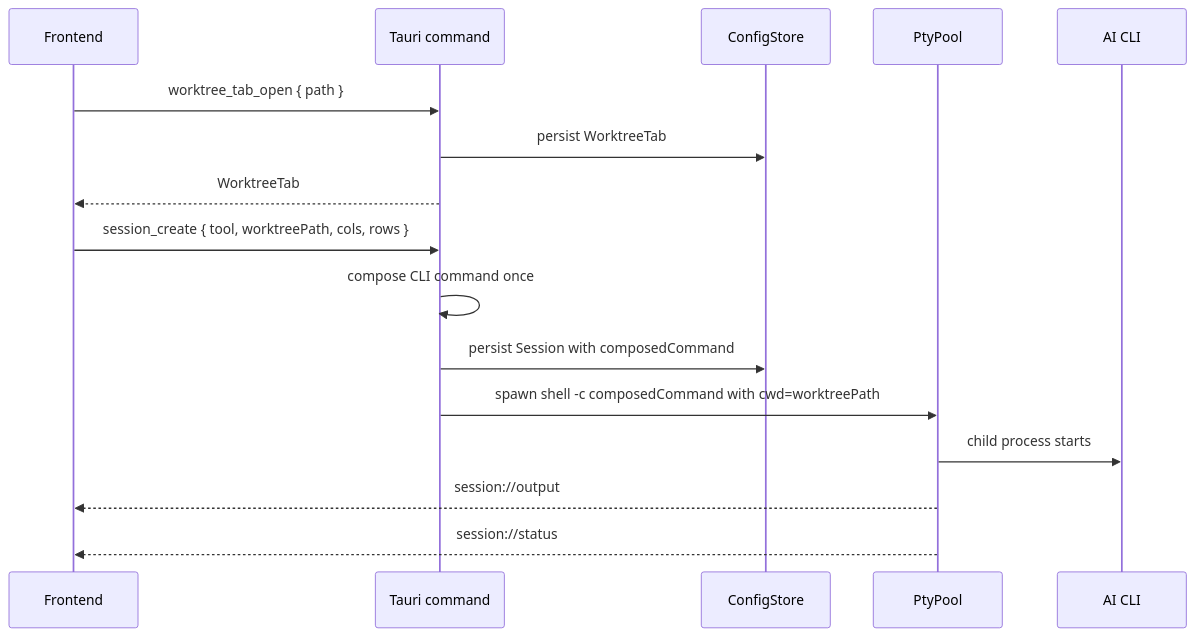
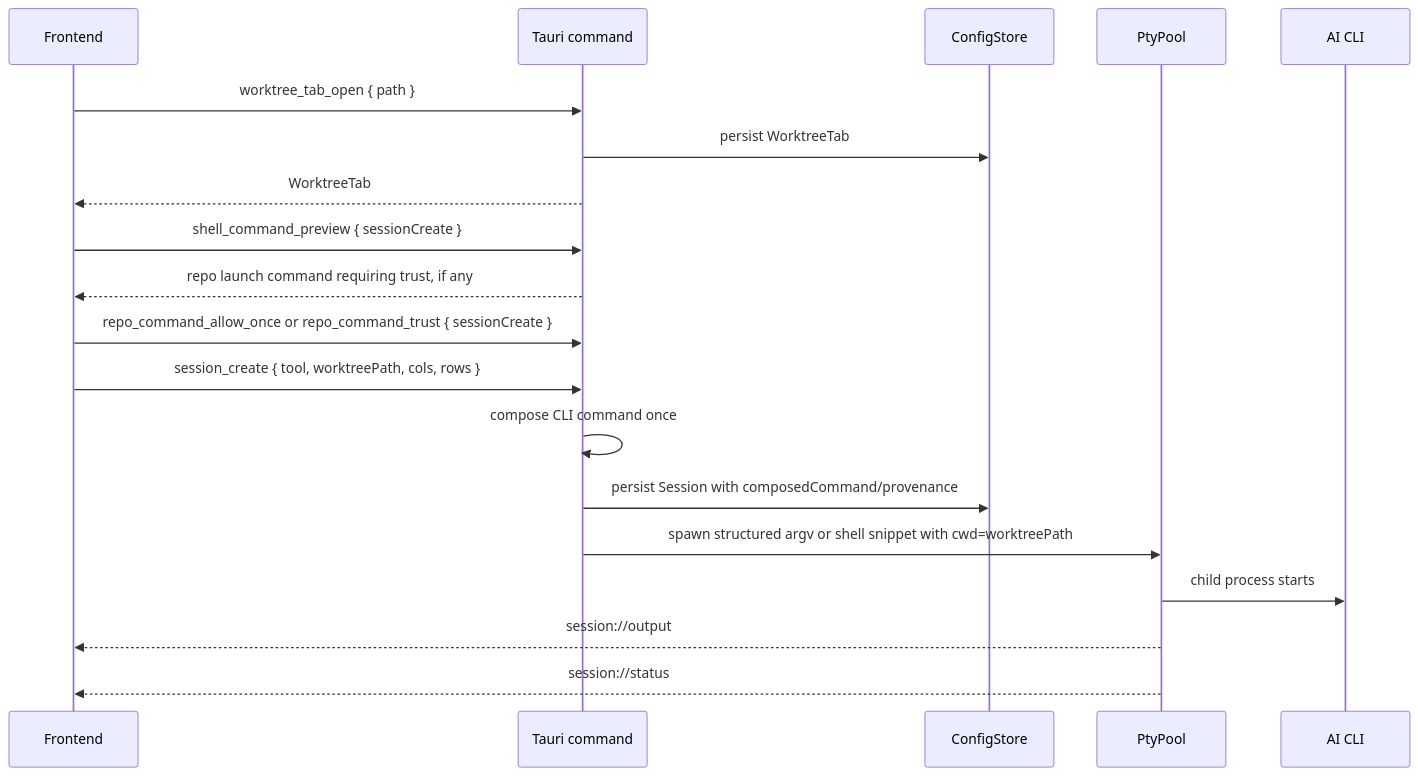
Before and after one commit to mcaden/arborist: the fourth of 7 diagrams in docs/runtime-flows.md, drawn with Mermaid. The commit also changed other lines of this file and 45 other files, not shown here.

First line of the commit message:
Harden repo shell command trust

````diff
--- a/docs/runtime-flows.md
+++ b/docs/runtime-flows.md
@@ -90,19 +96,22 @@
 ```mermaid
 sequenceDiagram
     participant UI as Frontend
     participant Cmd as Tauri command
     participant Store as ConfigStore
     participant Pty as PtyPool
     participant CLI as AI CLI
 
     UI->>Cmd: worktree_tab_open { path }
     Cmd->>Store: persist WorktreeTab
     Cmd-->>UI: WorktreeTab
+    UI->>Cmd: shell_command_preview { sessionCreate }
+    Cmd-->>UI: repo launch command requiring trust, if any
+    UI->>Cmd: repo_command_allow_once or repo_command_trust { sessionCreate }
     UI->>Cmd: session_create { tool, worktreePath, cols, rows }
     Cmd->>Cmd: compose CLI command once
-    Cmd->>Store: persist Session with composedCommand
-    Cmd->>Pty: spawn shell -c composedCommand with cwd=worktreePath
+    Cmd->>Store: persist Session with composedCommand/provenance
+    Cmd->>Pty: spawn structured argv or shell snippet with cwd=worktreePath
     Pty->>CLI: child process starts
     Pty-->>UI: session://output
     Pty-->>UI: session://status
 ```
````
